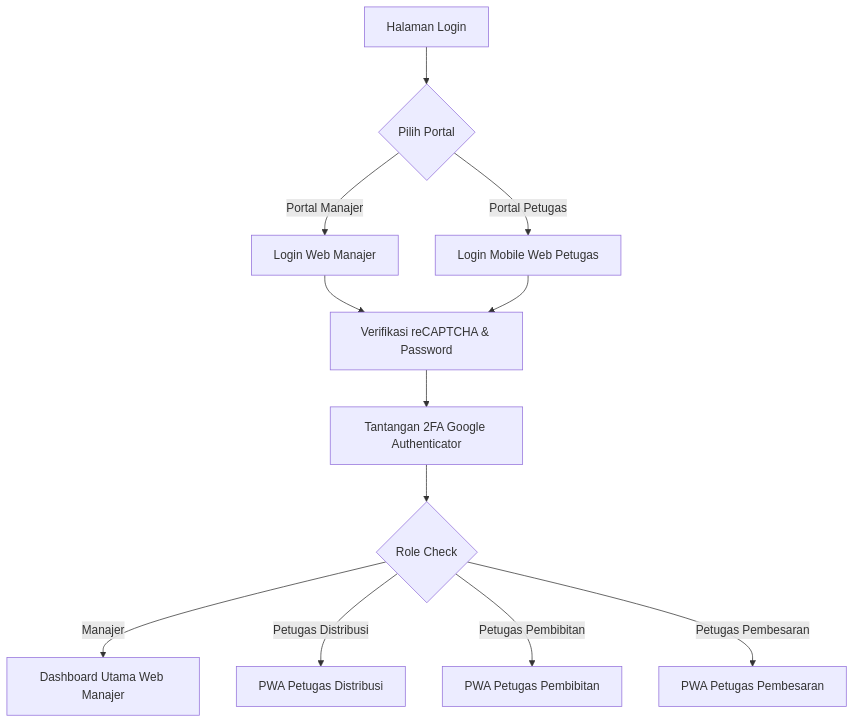
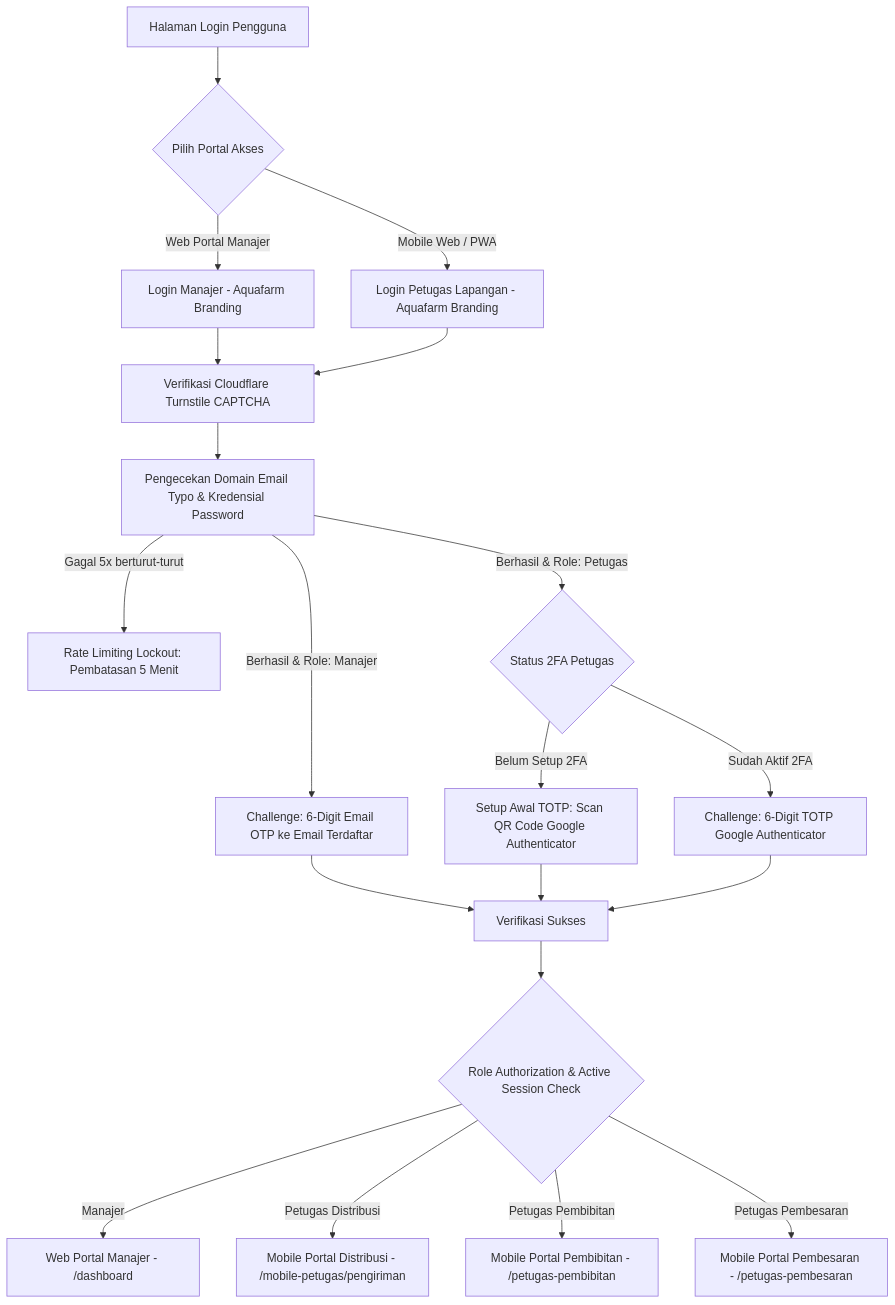
Before and after one commit to Adi-code18/SIM-budidaya: the first of 2 diagrams in PRD.md, drawn with Mermaid. The commit also changed other lines of this file and 49 other files, not shown here.

Commit message:
feat: implement comprehensive finance management module and mobile web interface for field officers

````diff
--- a/PRD.md
+++ b/PRD.md
@@ -37,17 +32,29 @@
 ```mermaid
 flowchart TD
-    A[Halaman Login] --> B{Pilih Portal}
-    B -->|Portal Manajer| C[Login Web Manajer]
-    B -->|Portal Petugas| D[Login Mobile Web Petugas]
+    A[Halaman Login Pengguna] --> B{Pilih Portal Akses}
     
-    C --> E[Verifikasi reCAPTCHA & Password]
+    B -->|Web Portal Manajer| C[Login Manajer - Aquafarm Branding]
+    B -->|Mobile Web / PWA| D[Login Petugas Lapangan - Aquafarm Branding]
+    
+    C --> E[Verifikasi Cloudflare Turnstile CAPTCHA]
     D --> E
     
-    E --> F[Tantangan 2FA Google Authenticator]
-    F --> G{Role Check}
+    E --> F[Pengecekan Domain Email Typo & Kredensial Password]
     
-    G -->|Manajer| H[Dashboard Utama Web Manajer]
-    G -->|Petugas Distribusi| I[PWA Petugas Distribusi]
-    G -->|Petugas Pembibitan| J[PWA Petugas Pembibitan]
-    G -->|Petugas Pembesaran| K[PWA Petugas Pembesaran]
+    F -->|Gagal 5x berturut-turut| G[Rate Limiting Lockout: Pembatasan 5 Menit]
+    F -->|Berhasil & Role: Manajer| H[Challenge: 6-Digit Email OTP ke Email Terdaftar]
+    F -->|Berhasil & Role: Petugas| I{Status 2FA Petugas}
+    
+    I -->|Belum Setup 2FA| J[Setup Awal TOTP: Scan QR Code Google Authenticator]
+    I -->|Sudah Aktif 2FA| K[Challenge: 6-Digit TOTP Google Authenticator]
+    
+    H --> L[Verifikasi Sukses]
+    J --> L
+    K --> L
+    
+    L --> M{Role Authorization & Active Session Check}
+    M -->|Manajer| N[Web Portal Manajer - /dashboard]
+    M -->|Petugas Distribusi| O[Mobile Portal Distribusi - /mobile-petugas/pengiriman]
+    M -->|Petugas Pembibitan| P[Mobile Portal Pembibitan - /petugas-pembibitan]
+    M -->|Petugas Pembesaran| Q[Mobile Portal Pembesaran - /petugas-pembesaran]
 ```
````
